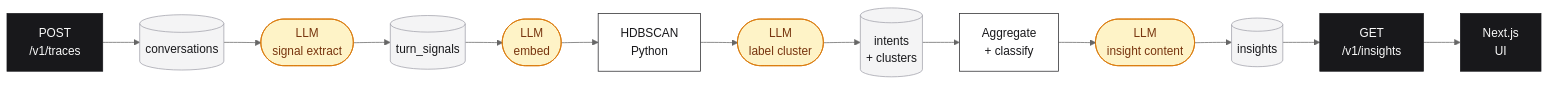
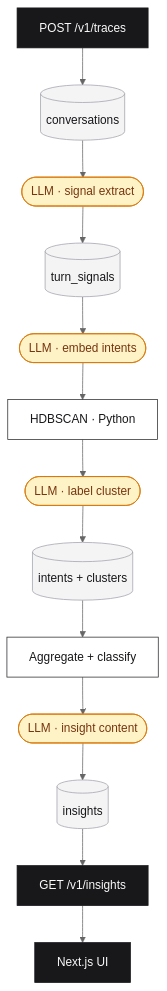
One commit to kashgohil/agnost changed the diagram in REASONING.md. Above: the diagram before and after it, drawn with Mermaid (neutral theme).

Commit message:
make the graph vertical

````diff
--- a/REASONING.md
+++ b/REASONING.md
@@ -11,25 +11,25 @@
 ```mermaid
-flowchart LR
-    POST["POST<br/>/v1/traces"]
+flowchart TB
+    POST["POST /v1/traces"]
     POST --> Convos[("conversations")]
-    Convos --> L1(["LLM<br/>signal extract"])
+    Convos --> L1(["LLM · signal extract"])
     L1 --> Sigs[("turn_signals")]
-    Sigs --> L2(["LLM<br/>embed"])
-    L2 --> HDB["HDBSCAN<br/>Python"]
-    HDB --> L3(["LLM<br/>label cluster"])
-    L3 --> Ints[("intents<br/>+ clusters")]
-    Ints --> Agg["Aggregate<br/>+ classify"]
-    Agg --> L4(["LLM<br/>insight content"])
+    Sigs --> L2(["LLM · embed intents"])
+    L2 --> HDB["HDBSCAN · Python"]
+    HDB --> L3(["LLM · label cluster"])
+    L3 --> Ints[("intents + clusters")]
+    Ints --> Agg["Aggregate + classify"]
+    Agg --> L4(["LLM · insight content"])
     L4 --> Ins[("insights")]
-    Ins --> GET["GET<br/>/v1/insights"]
-    GET --> UI["Next.js<br/>UI"]
+    Ins --> GET["GET /v1/insights"]
+    GET --> UI["Next.js UI"]
 
     classDef store fill:#f4f4f5,stroke:#a1a1aa,color:#18181b
     classDef compute fill:#fff,stroke:#27272a,color:#18181b
     classDef llm fill:#fef3c7,stroke:#d97706,color:#78350f
     classDef io fill:#18181b,stroke:#18181b,color:#fafafa
     class Convos,Sigs,Ints,Ins store
     class HDB,Agg compute
     class L1,L2,L3,L4 llm
     class POST,GET,UI io
 ```
````
